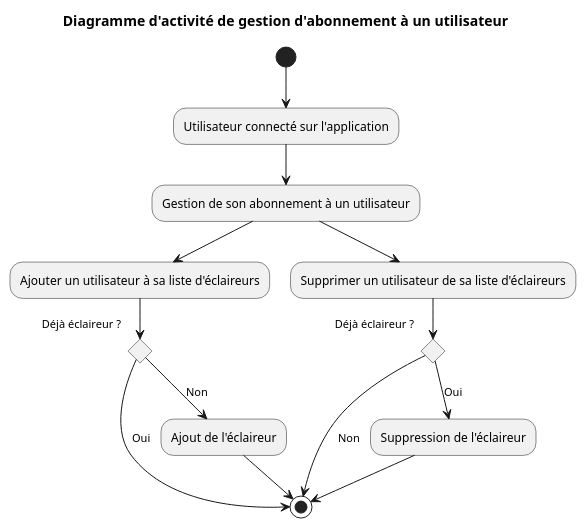
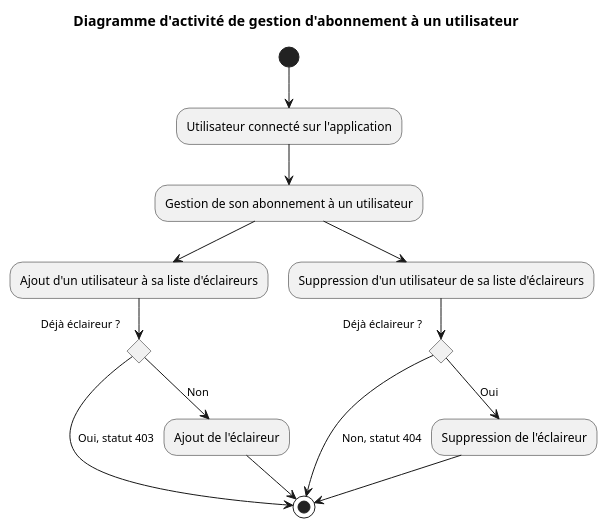
Before and after one commit to id2380/Projet2A_Template: the diagram in doc/Diagrammes d'activité/GestionAbonnement.puml, drawn with PlantUML. The commit also changed 4 other files, not shown here.

Commit message:
Modification des diagrammes d'activité'

```diff
--- a/doc/Diagrammes d'activité/GestionAbonnement.puml
+++ b/doc/Diagrammes d'activité/GestionAbonnement.puml
@@ -1,27 +1,27 @@
 @startuml Diagramme d'activité de gestion d'abonnement à un utilisateur
 title Diagramme d'activité de gestion d'abonnement à un utilisateur
 
 (*) -down-> "Utilisateur connecté sur l'application"
 
 "Utilisateur connecté sur l'application" --> "Gestion de son abonnement à un utilisateur"
-"Gestion de son abonnement à un utilisateur" --> "Ajouter un utilisateur à sa liste d'éclaireurs"
-"Gestion de son abonnement à un utilisateur" --> "Supprimer un utilisateur de sa liste d'éclaireurs"
+"Gestion de son abonnement à un utilisateur" --> "Ajout d'un utilisateur à sa liste d'éclaireurs"
+"Gestion de son abonnement à un utilisateur" --> "Suppression d'un utilisateur de sa liste d'éclaireurs"
 
 
-"Ajouter un utilisateur à sa liste d'éclaireurs" --> if "Déjà éclaireur ?" then
-  -->[Oui] (*)
+"Ajout d'un utilisateur à sa liste d'éclaireurs" --> if "Déjà éclaireur ?" then
+  -->[Oui, statut 403] (*)
 else
   -->[Non]"Ajout de l'éclaireur"
 endif
 
 "Ajout de l'éclaireur" -->(*)
 
-"Supprimer un utilisateur de sa liste d'éclaireurs" --> if "Déjà éclaireur ?" then
+"Suppression d'un utilisateur de sa liste d'éclaireurs" --> if "Déjà éclaireur ?" then
   -->[Oui] "Suppression de l'éclaireur"
 else
-  -->[Non](*)
+  -->[Non, statut 404](*)
 endif
 
 "Suppression de l'éclaireur" -->(*)
 
 @enduml
```
